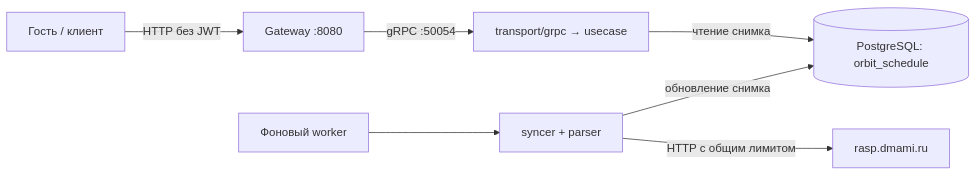
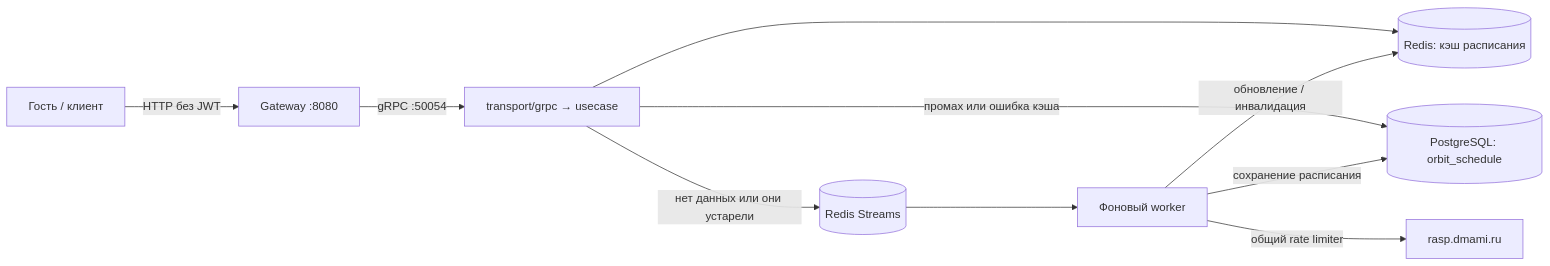
The diagram in docs/reference/services/schedule.md (orbit-polytech/orbit-docs), drawn with Mermaid before and after one commit. The commit also changed other lines of this file and 28 other files, not shown here.

First line of the commit message:
Docs/schedule redis sync and api (#5)

````diff
--- a/docs/reference/services/schedule.md
+++ b/docs/reference/services/schedule.md
@@ -14,9 +14,12 @@
 ```mermaid
 flowchart LR
     Client["Гость / клиент"] -->|HTTP без JWT| GW["Gateway :8080"]
     GW -->|gRPC :50054| Read["transport/grpc → usecase"]
-    Read -->|чтение снимка| DB[("PostgreSQL: orbit_schedule")]
-    Worker["Фоновый worker"] --> Syncer["syncer + parser"]
-    Syncer -->|HTTP с общим лимитом| Source["rasp.dmami.ru"]
-    Syncer -->|обновление снимка| DB
+    Read --> Cache[("Redis: кэш расписания")]
+    Read -->|промах или ошибка кэша| DB[("PostgreSQL: orbit_schedule")]
+    Read -->|нет данных или они устарели| Queue[("Redis Streams")]
+    Queue --> Worker["Фоновый worker"]
+    Worker -->|общий rate limiter| Source["rasp.dmami.ru"]
+    Worker -->|сохранение расписания| DB
+    Worker -->|обновление / инвалидация| Cache
 ```
````
